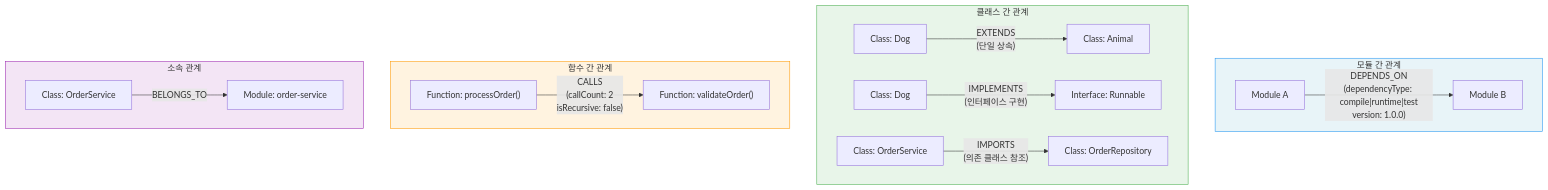
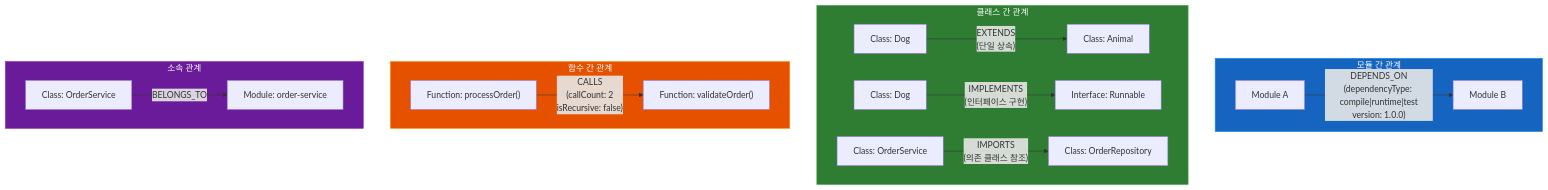
One commit to bluetape4k/bluetape4k-experimental changed the seventh of 8 diagrams in graph/examples/code-graph-age/README.md. Above: the diagram before and after it, drawn with Mermaid. The commit also changed 71 other files, not shown here.

First line of the commit message:
feat(graph): Memgraph, TinkerPop 백엔드 및 Neo4j/Memgraph/TinkerPop 예제 추가

````diff
--- a/graph/examples/code-graph-age/README.md
+++ b/graph/examples/code-graph-age/README.md
@@ -310,25 +310,25 @@
 ```mermaid
 graph TD
     subgraph ModuleRelations["모듈 간 관계"]
         MA["Module A"] -->|"DEPENDS_ON\n(dependencyType: compile|runtime|test\nversion: 1.0.0)"| MB["Module B"]
     end
 
     subgraph ClassRelations["클래스 간 관계"]
         CA["Class: Dog"] -->|"EXTENDS\n(단일 상속)"| CB["Class: Animal"]
         CC["Class: Dog"] -->|"IMPLEMENTS\n(인터페이스 구현)"| CD["Interface: Runnable"]
         CE["Class: OrderService"] -->|"IMPORTS\n(의존 클래스 참조)"| CF["Class: OrderRepository"]
     end
 
     subgraph FunctionRelations["함수 간 관계"]
         FA["Function: processOrder()"] -->|"CALLS\n(callCount: 2\nisRecursive: false)"| FB["Function: validateOrder()"]
     end
 
     subgraph MembershipRelations["소속 관계"]
         G1["Class: OrderService"] -->|"BELONGS_TO"| G2["Module: order-service"]
     end
 
-    style ModuleRelations fill:#e8f4f8,stroke:#2196F3
-    style ClassRelations fill:#e8f5e9,stroke:#4CAF50
-    style FunctionRelations fill:#fff3e0,stroke:#FF9800
-    style MembershipRelations fill:#f3e5f5,stroke:#9C27B0
+    style ModuleRelations fill:#1565C0,stroke:#2196F3,color:#fff
+    style ClassRelations fill:#2E7D32,stroke:#4CAF50,color:#fff
+    style FunctionRelations fill:#E65100,stroke:#FF9800,color:#fff
+    style MembershipRelations fill:#6A1B9A,stroke:#9C27B0,color:#fff
 ```
````
